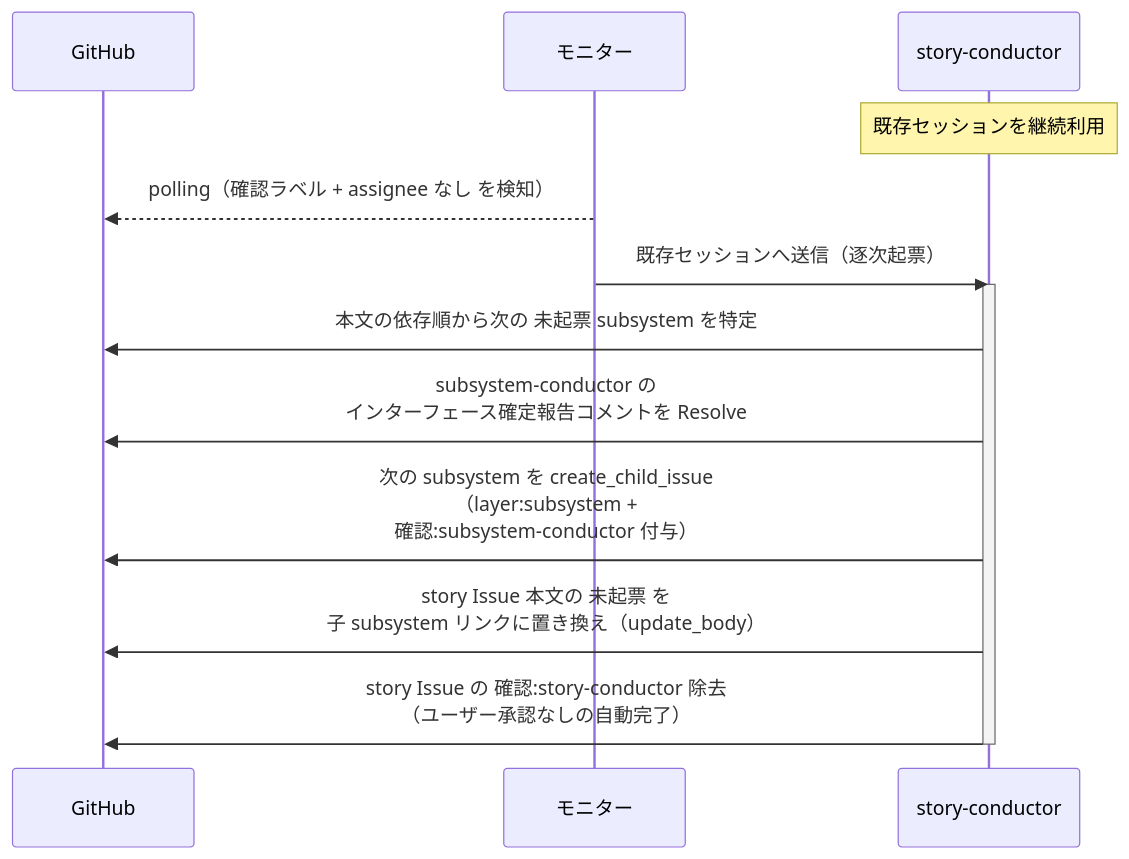
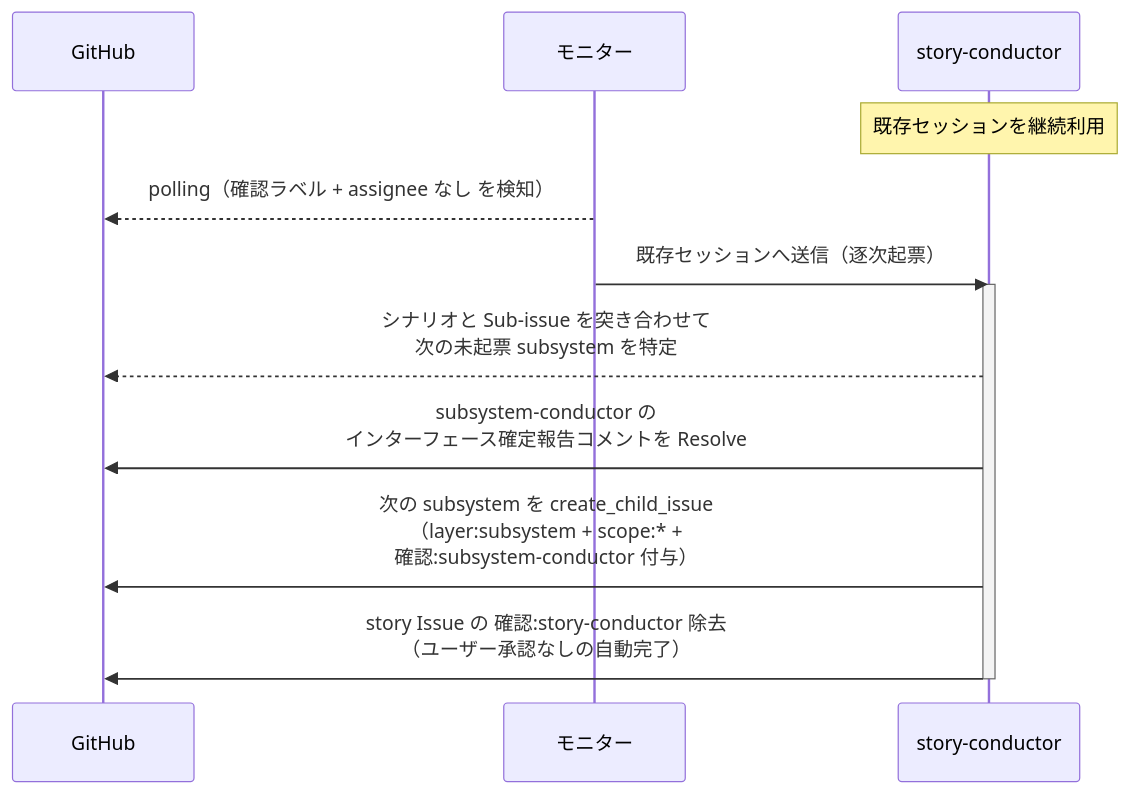
Before and after one commit to shuhei1101/ai-monitor: the second of 2 diagrams in docs/wiki/設計図/シナリオ/単一ユースケース/子subsystem起票.md, drawn with Mermaid. The commit also changed other lines of this file and 25 other files, not shown here.

````diff
--- a/docs/wiki/設計図/シナリオ/単一ユースケース/子subsystem起票.md
+++ b/docs/wiki/設計図/シナリオ/単一ユースケース/子subsystem起票.md
@@ -67,17 +66,16 @@
 ```mermaid
 sequenceDiagram
   participant GH as GitHub
   participant ORC as モニター
   participant MON as story-conductor
 
   Note over MON: 既存セッションを継続利用
   ORC-->>GH: polling（確認ラベル + assignee なし を検知）
   ORC->>MON: 既存セッションへ送信（逐次起票）
   activate MON
-  MON->>GH: 本文の依存順から次の 未起票 subsystem を特定
+  MON-->>GH: シナリオと Sub-issue を突き合わせて<br>次の未起票 subsystem を特定
   MON->>GH: subsystem-conductor の<br>インターフェース確定報告コメントを Resolve
-  MON->>GH: 次の subsystem を create_child_issue<br>（layer:subsystem +<br>確認:subsystem-conductor 付与）
-  MON->>GH: story Issue 本文の 未起票 を<br>子 subsystem リンクに置き換え（update_body）
+  MON->>GH: 次の subsystem を create_child_issue<br>（layer:subsystem + scope:* +<br>確認:subsystem-conductor 付与）
   MON->>GH: story Issue の 確認:story-conductor 除去<br>（ユーザー承認なしの自動完了）
   deactivate MON
 ```
````
